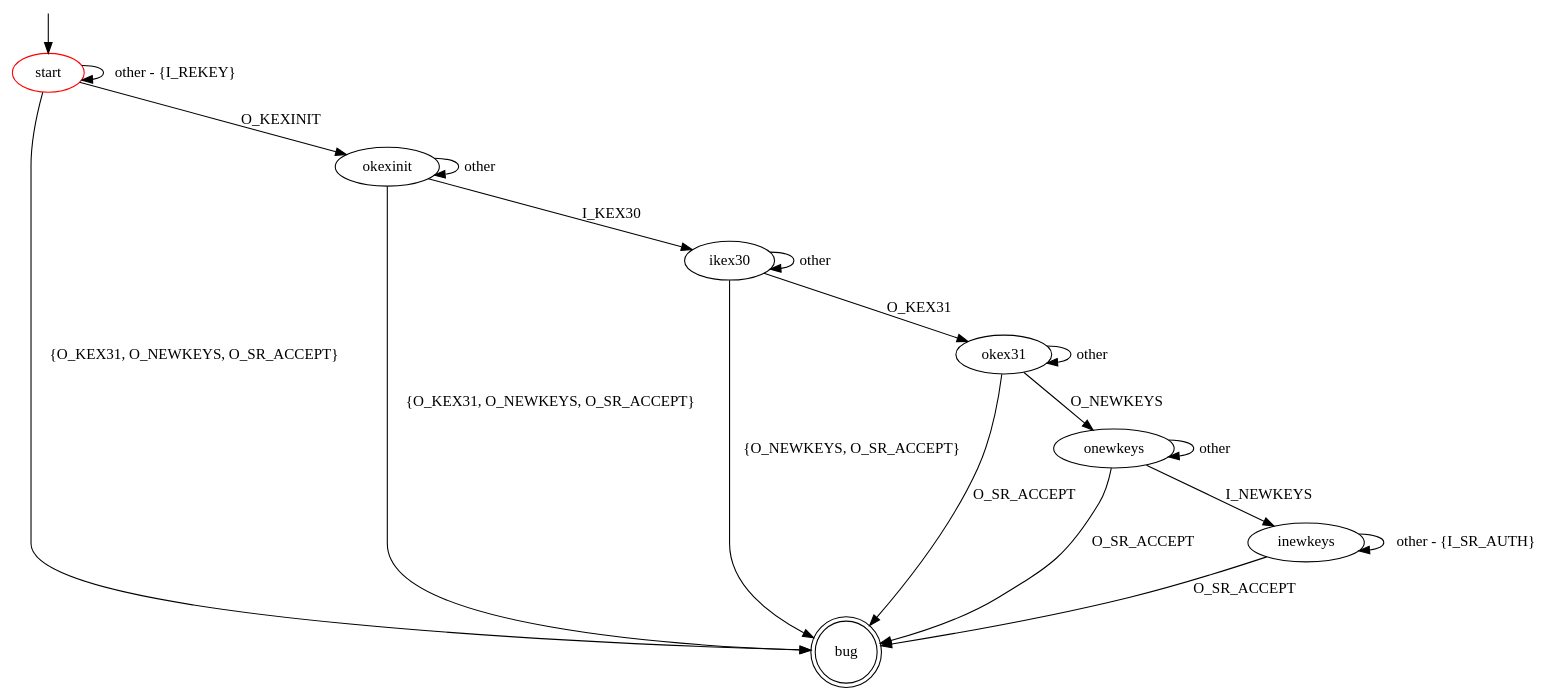
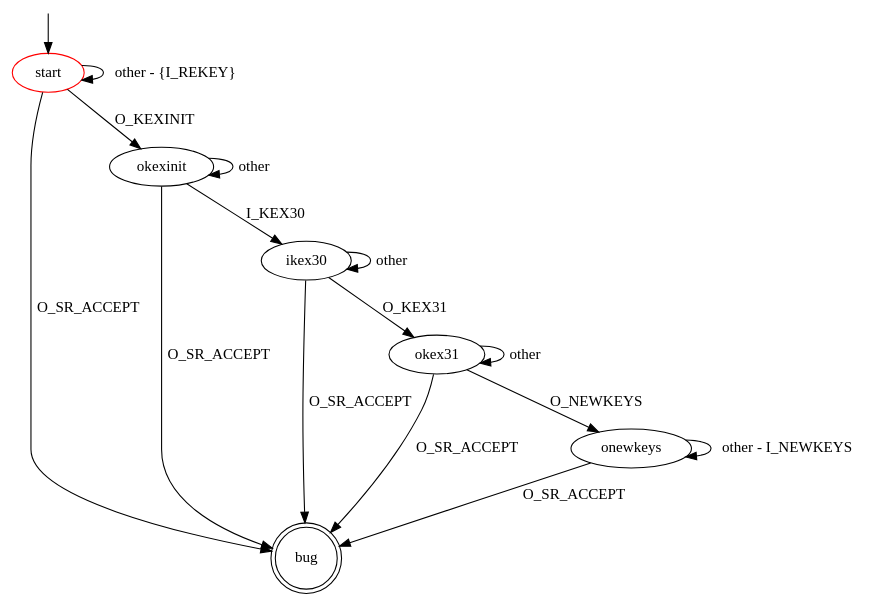
Before and after one commit to assist-project/state-machine-bug-finder: the diagram in src/main/resources/patterns/ssh/early_service_accept.dot, drawn with Graphviz. The commit also changed 2 other files, not shown here.

Commit message:
Updated bug patterns

```diff
--- a/src/main/resources/patterns/ssh/early_service_accept.dot
+++ b/src/main/resources/patterns/ssh/early_service_accept.dot
@@ -1,32 +1,28 @@
 digraph G {
 label=""
 start [color="red"]
 bug [shape="doublecircle"]
 
 start -> okexinit [label="O_KEXINIT"]
 start -> start [label="other - {I_REKEY}"]
-start -> bug [label="{O_KEX31, O_NEWKEYS, O_SR_ACCEPT}"]
+start -> bug [label="O_SR_ACCEPT"]
 
 okexinit -> ikex30 [label="I_KEX30"]
 okexinit -> okexinit [label="other"]
-okexinit -> bug [label="{O_KEX31, O_NEWKEYS, O_SR_ACCEPT}"]
+okexinit -> bug [label="O_SR_ACCEPT"]
 
 ikex30 -> okex31 [label="O_KEX31"]
 ikex30 -> ikex30 [label="other"]
-ikex30 -> bug [label="{O_NEWKEYS, O_SR_ACCEPT}"]
+ikex30 -> bug [label="O_SR_ACCEPT"]
 
 okex31 -> onewkeys [label="O_NEWKEYS"]
 okex31 -> okex31 [label="other"]
 okex31 -> bug [label="O_SR_ACCEPT"]
 
-onewkeys -> inewkeys [label="I_NEWKEYS"]
-onewkeys -> onewkeys [label="other"]
+onewkeys -> onewkeys [label="other - I_NEWKEYS"]
 onewkeys -> bug [label="O_SR_ACCEPT"]
-
-inewkeys -> inewkeys [label="other - {I_SR_AUTH}"]
-inewkeys -> bug [label="O_SR_ACCEPT"]
 
 
 __start0 [label="" shape="none" width="0" height="0"];
 __start0 -> start;
 }
```
